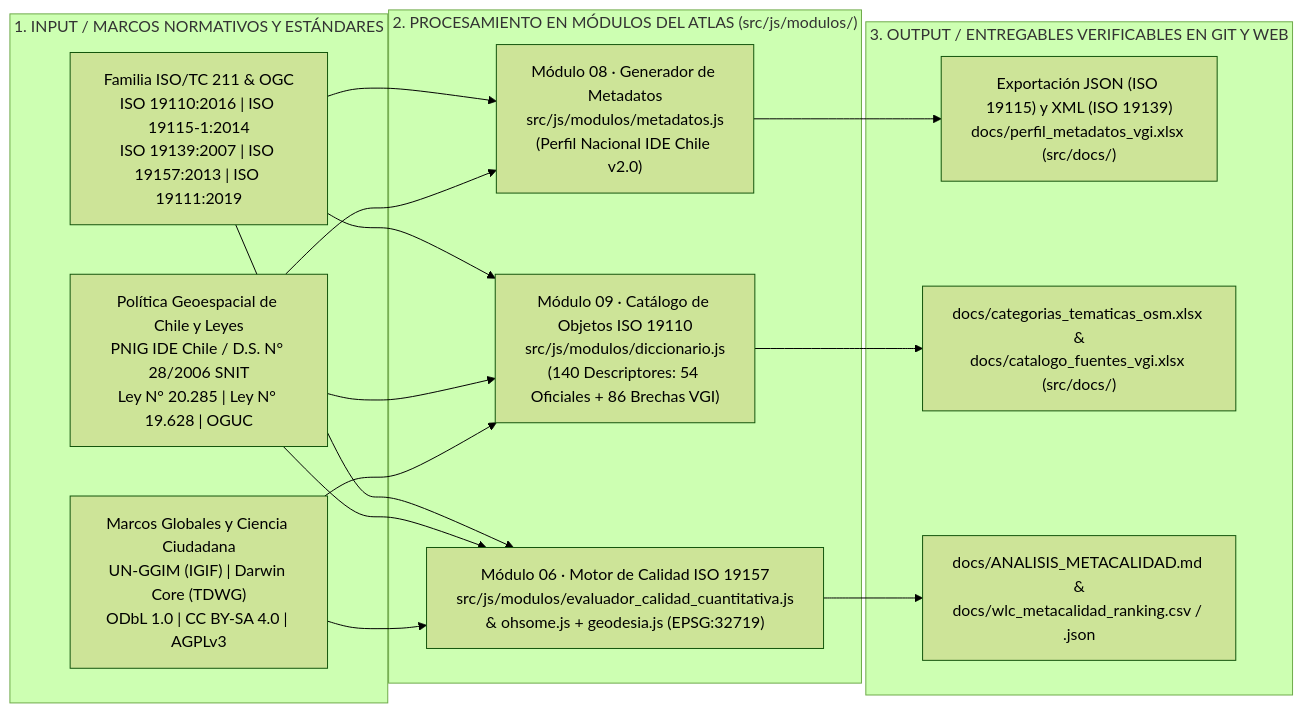
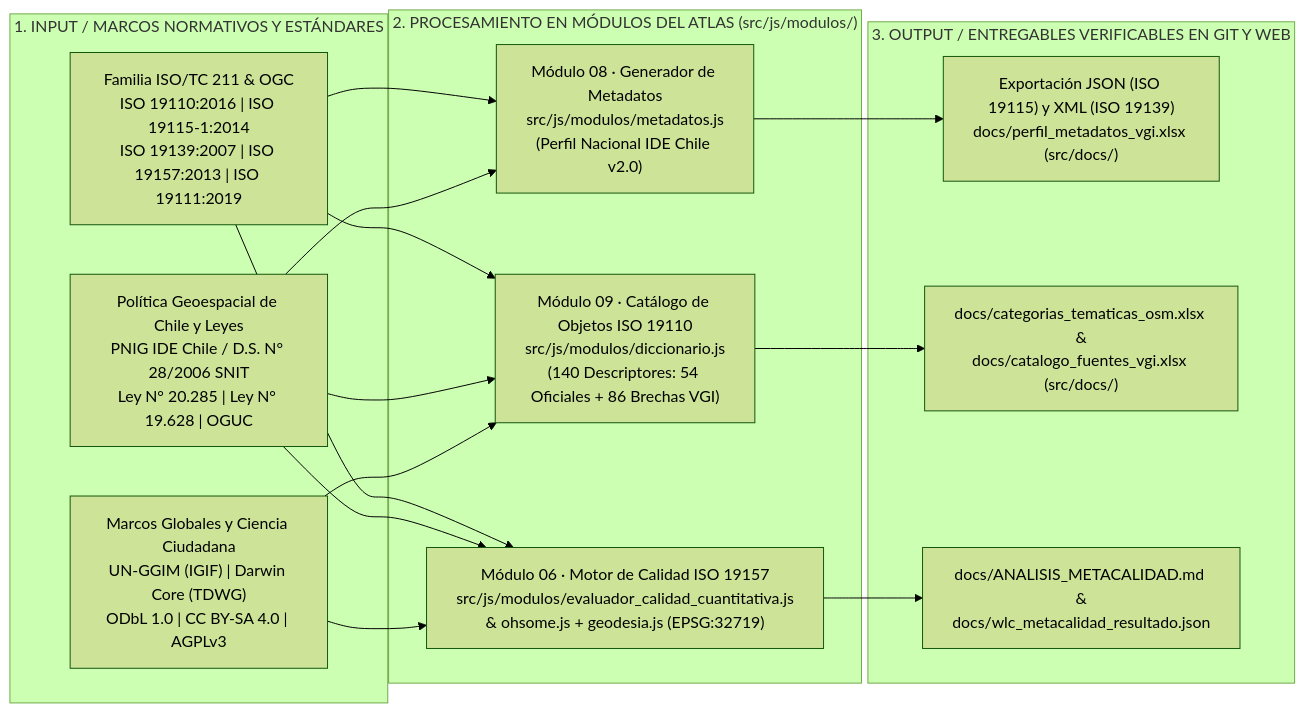
One commit to GEOJOTA/atlas-vgi-barrio-brasil changed the first of 3 diagrams in docs/TRAZABILIDAD.md. Above: the diagram before and after it, drawn with Mermaid (forest theme). The commit also changed other lines of this file and 32 other files, not shown here.

Commit message:
chore(docs,ui): eliminar wlc_metacalidad_ranking.csv y toda referencia a Ranking Consolidado de Calidad en plataforma y repositorio

````diff
--- a/docs/TRAZABILIDAD.md
+++ b/docs/TRAZABILIDAD.md
@@ -51,26 +51,26 @@
 ```mermaid
 flowchart LR
     subgraph IN["1. INPUT / MARCOS NORMATIVOS Y ESTÁNDARES"]
         N1["Familia ISO/TC 211 & OGC<br/>ISO 19110:2016 | ISO 19115-1:2014<br/>ISO 19139:2007 | ISO 19157:2013 | ISO 19111:2019"]
         N2["Política Geoespacial de Chile y Leyes<br/>PNIG IDE Chile / D.S. N° 28/2006 SNIT<br/>Ley N° 20.285 | Ley N° 19.628 | OGUC"]
         N3["Marcos Globales y Ciencia Ciudadana<br/>UN-GGIM (IGIF) | Darwin Core (TDWG)<br/>ODbL 1.0 | CC BY-SA 4.0 | AGPLv3"]
     end
 
     subgraph PROC["2. PROCESAMIENTO EN MÓDULOS DEL ATLAS (src/js/modulos/)"]
         M1["Módulo 08 · Generador de Metadatos<br/>src/js/modulos/metadatos.js<br/>(Perfil Nacional IDE Chile v2.0)"]
         M2["Módulo 09 · Catálogo de Objetos ISO 19110<br/>src/js/modulos/diccionario.js<br/>(140 Descriptores: 54 Oficiales + 86 Brechas VGI)"]
         M3["Módulo 06 · Motor de Calidad ISO 19157<br/>src/js/modulos/evaluador_calidad_cuantitativa.js<br/>& ohsome.js + geodesia.js (EPSG:32719)"]
     end
 
     subgraph OUT["3. OUTPUT / ENTREGABLES VERIFICABLES EN GIT Y WEB"]
         O1["Exportación JSON (ISO 19115) y XML (ISO 19139)<br/>docs/perfil_metadatos_vgi.xlsx (src/docs/)"]
         O2["docs/categorias_tematicas_osm.xlsx &<br/>docs/catalogo_fuentes_vgi.xlsx (src/docs/)"]
-        O3["docs/ANALISIS_METACALIDAD.md &<br/>docs/wlc_metacalidad_ranking.csv / .json"]
+        O3["docs/ANALISIS_METACALIDAD.md &<br/>docs/wlc_metacalidad_resultado.json"]
     end
 
     N1 & N2 --> M1 & M2 & M3
     N3 --> M2 & M3
     M1 --> O1
     M2 --> O2
     M3 --> O3
 ```
````
